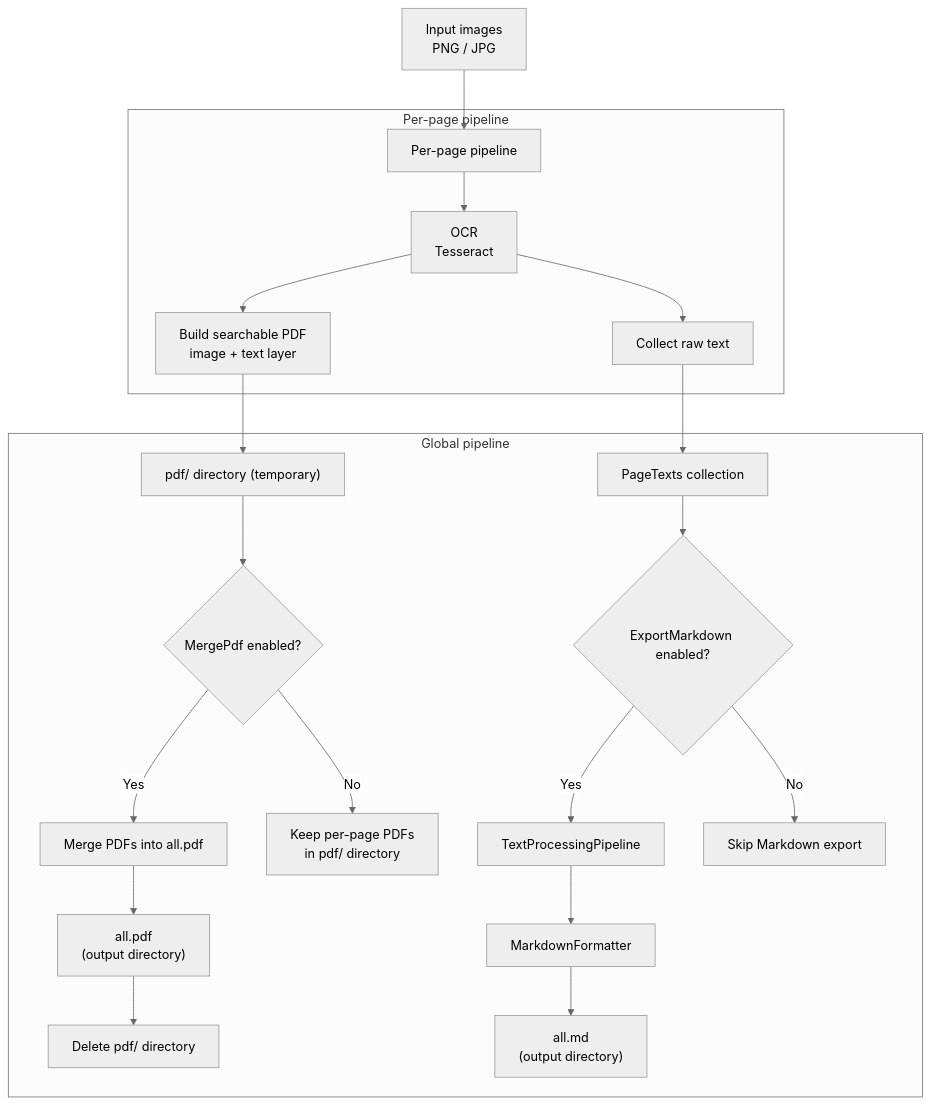
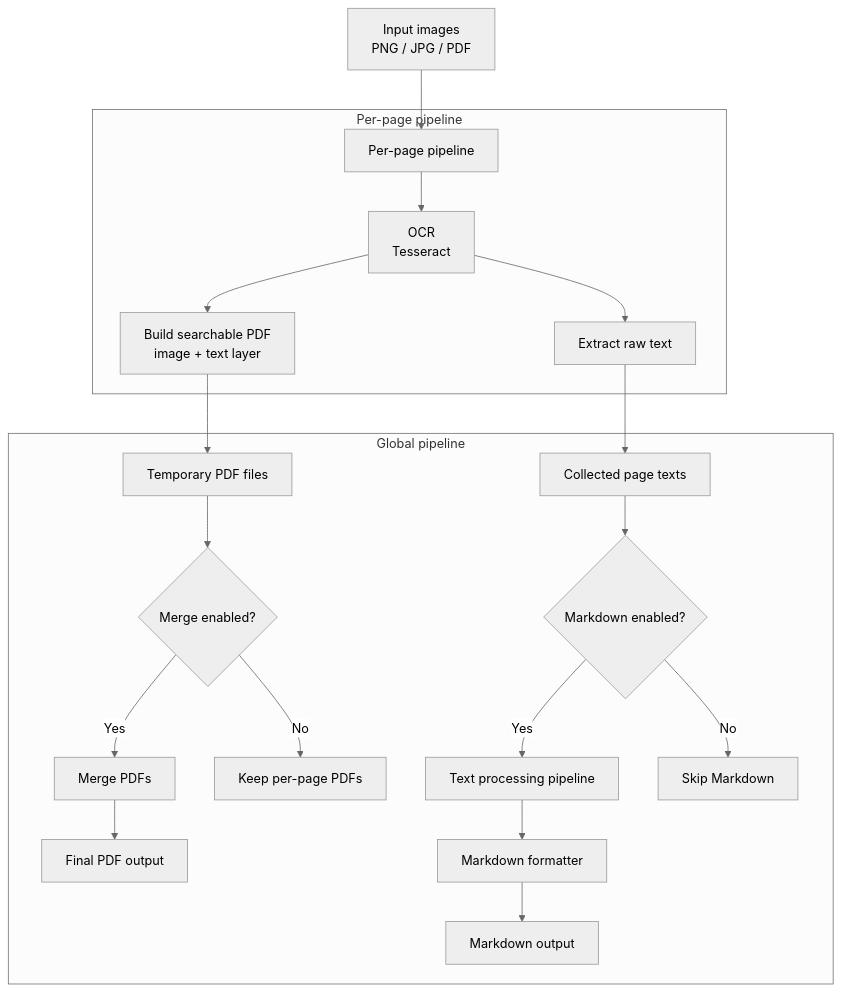
One commit to asienicki/OcrFlow changed the diagram in README.md. Above: the diagram before and after it, drawn with Mermaid (neutral theme). The commit also changed other lines of this file and 130 other files, not shown here.

First line of the commit message:
refactor(core): replace pipelines with strategy/flow architecture

````diff
--- a/README.md
+++ b/README.md
@@ -56,30 +196,29 @@
 ```mermaid
 flowchart TD
-    A["Input images<br/>PNG / JPG"] --> B["Per-page pipeline"]
+    A["Input images<br/>PNG / JPG / PDF"] --> B["Per-page pipeline"]
 
     subgraph PerPage["Per-page pipeline"]
         B --> C["OCR<br/>Tesseract"]
         C --> D["Build searchable PDF<br/>image + text layer"]
-        C --> E["Collect raw text"]
+        C --> E["Extract raw text"]
     end
 
-    D --> F["pdf/ directory (temporary)"]
-    E --> G["PageTexts collection"]
+    D --> F["Temporary PDF files"]
+    E --> G["Collected page texts"]
 
     subgraph Global["Global pipeline"]
-        F --> H{"MergePdf enabled?"}
+        F --> H{"Merge enabled?"}
 
-        H -->|Yes| I["Merge PDFs into all.pdf"]
-        I --> J["all.pdf<br/>(output directory)"]
-        J --> K["Delete pdf/ directory"]
+        H -->|Yes| I["Merge PDFs"]
+        I --> J["Final PDF output"]
 
-        H -->|No| L["Keep per-page PDFs<br/>in pdf/ directory"]
+        H -->|No| L["Keep per-page PDFs"]
 
-        G --> M{"ExportMarkdown enabled?"}
-        M -->|Yes| N["TextProcessingPipeline"]
-        N --> O["MarkdownFormatter"]
-        O --> P["all.md<br/>(output directory)"]
+        G --> M{"Markdown enabled?"}
+        M -->|Yes| N["Text processing pipeline"]
+        N --> O["Markdown formatter"]
+        O --> P["Markdown output"]
 
-        M -->|No| Q["Skip Markdown export"]
+        M -->|No| Q["Skip Markdown"]
     end
 ```
````
